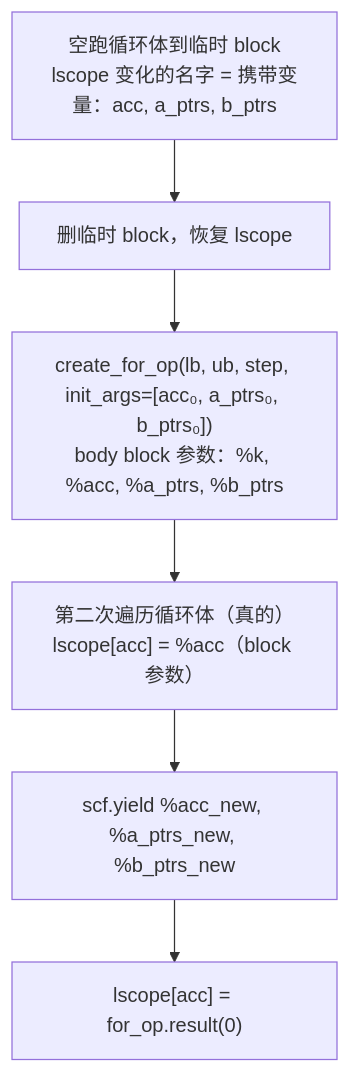
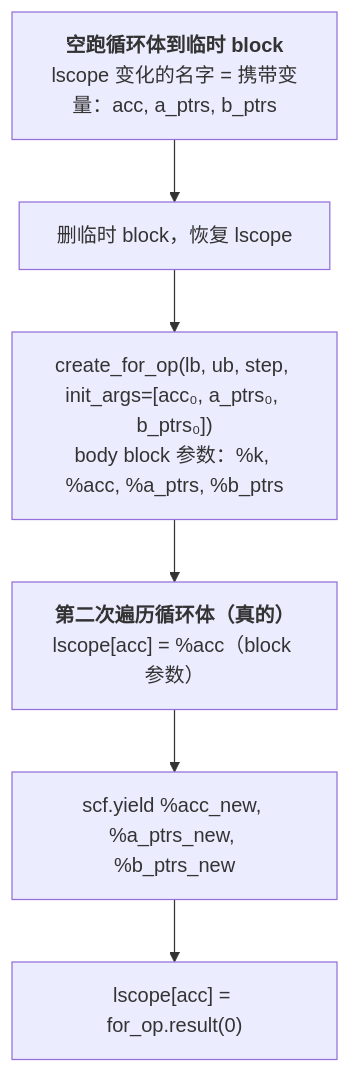
Before and after one commit to arganzheng/arganzheng.github.com: the fourth of 4 diagrams in _posts/2026-11-26-triton-compiler-frontend-python-ast-to-ttir.md, drawn with Mermaid. The commit also changed other lines of this file and 8 other files, not shown here.

First line of the commit message:
ML 编译器内部：从 SSA、MLIR 到 Triton 编译器：Mermaid 多行方框的首行标为标题（9 篇）

````diff
--- a/_posts/2026-11-26-triton-compiler-frontend-python-ast-to-ttir.md
+++ b/_posts/2026-11-26-triton-compiler-frontend-python-ast-to-ttir.md
@@ -347,11 +347,11 @@
 ```mermaid
 %% 图：for 到 scf.for：先空跑循环体找出携带变量，删临时 block，建 scf.for 并把 lscope 指向 block 参数，真正遍历后 scf.yield
 flowchart TB
-    dry["空跑循环体到临时 block<br/>lscope 变化的名字 = 携带变量：acc, a_ptrs, b_ptrs"]
+    dry["<b>空跑循环体到临时 block</b><br/>lscope 变化的名字 = 携带变量：acc, a_ptrs, b_ptrs"]
     erase["删临时 block，恢复 lscope"]
     forop["create_for_op(lb, ub, step, init_args=#91;acc₀, a_ptrs₀, b_ptrs₀#93;)<br/>body block 参数：%k, %acc, %a_ptrs, %b_ptrs"]
-    real["第二次遍历循环体（真的）<br/>lscope#91;acc#93; = %acc（block 参数）"]
+    real["<b>第二次遍历循环体（真的）</b><br/>lscope#91;acc#93; = %acc（block 参数）"]
     yield_["scf.yield %acc_new, %a_ptrs_new, %b_ptrs_new"]
     after["lscope#91;acc#93; = for_op.result(0)"]
     dry --> erase --> forop --> real --> yield_ --> after
 ```
````
